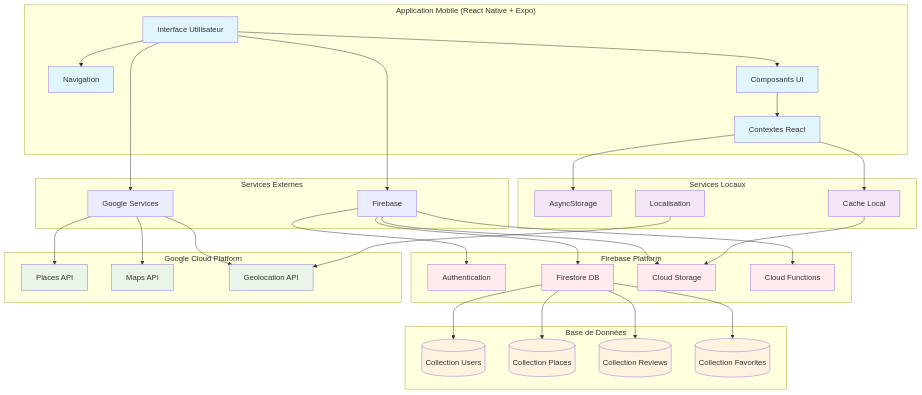
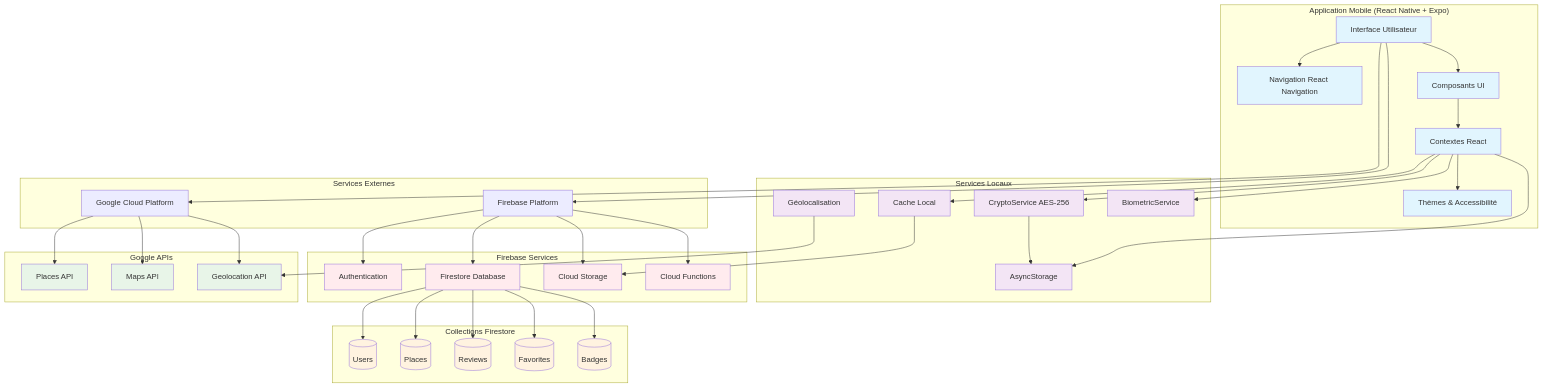
One commit to Fleau75/Projet-Final changed the first of 7 diagrams in docs/CAHIER_DES_CHARGES.md. Above: the diagram before and after it, drawn with Mermaid. The commit also changed other lines of this file and 16 other files, not shown here.

Commit message:
Documentation complete: ajout de 21 guides techniques, architecture, API reference, composants, services, ecrans, tests, deploiement, troubleshooting, utilisateur, mode visiteur, et cahier des charges avec diagrammes

````diff
--- a/docs/CAHIER_DES_CHARGES.md
+++ b/docs/CAHIER_DES_CHARGES.md
@@ -205,53 +108,60 @@
     %% Application Mobile
     subgraph "Application Mobile (React Native + Expo)"
         UI[Interface Utilisateur]
-        NAV[Navigation]
+        NAV[Navigation React Navigation]
         COMP[Composants UI]
         CONTEXT[Contextes React]
+        THEME[Thèmes & Accessibilité]
     end
     
     %% Services Locaux
     subgraph "Services Locaux"
         ASYNC[AsyncStorage]
-        LOC[Localisation]
+        CRYPTO[CryptoService AES-256]
+        LOC[Géolocalisation]
         CACHE[Cache Local]
+        BIOMETRIC[BiometricService]
     end
     
     %% Services Externes
     subgraph "Services Externes"
-        FIREBASE[Firebase]
-        GOOGLE[Google Services]
+        FIREBASE[Firebase Platform]
+        GOOGLE[Google Cloud Platform]
     end
     
     %% Firebase Services
-    subgraph "Firebase Platform"
+    subgraph "Firebase Services"
         AUTH[Authentication]
-        FIRESTORE[Firestore DB]
+        FIRESTORE[Firestore Database]
         STORAGE[Cloud Storage]
         FUNCTIONS[Cloud Functions]
     end
     
     %% Google Services
-    subgraph "Google Cloud Platform"
+    subgraph "Google APIs"
         PLACES[Places API]
         MAPS[Maps API]
         GEOLOC[Geolocation API]
     end
     
     %% Base de Données
-    subgraph "Base de Données"
-        USERS[(Collection Users)]
-        PLACES_DB[(Collection Places)]
-        REVIEWS[(Collection Reviews)]
-        FAVORITES[(Collection Favorites)]
+    subgraph "Collections Firestore"
+        USERS[(Users)]
+        PLACES_DB[(Places)]
+        REVIEWS[(Reviews)]
+        FAVORITES[(Favorites)]
+        BADGES[(Badges)]
     end
     
     %% Connexions
     UI --> NAV
     UI --> COMP
     COMP --> CONTEXT
+    CONTEXT --> THEME
     CONTEXT --> ASYNC
     CONTEXT --> CACHE
+    CONTEXT --> CRYPTO
+    CONTEXT --> BIOMETRIC
     
     UI --> FIREBASE
     UI --> GOOGLE
@@ -269,9 +179,11 @@
     FIRESTORE --> PLACES_DB
     FIRESTORE --> REVIEWS
     FIRESTORE --> FAVORITES
+    FIRESTORE --> BADGES
     
     LOC --> GEOLOC
     CACHE --> STORAGE
+    CRYPTO --> ASYNC
     
     %% Styles
     classDef mobile fill:#e1f5fe
@@ -280,9 +192,9 @@
     classDef google fill:#e8f5e8
     classDef database fill:#fff3e0
     
-    class UI,NAV,COMP,CONTEXT mobile
-    class ASYNC,LOC,CACHE service
+    class UI,NAV,COMP,CONTEXT,THEME mobile
+    class ASYNC,CRYPTO,LOC,CACHE,BIOMETRIC service
     class AUTH,FIRESTORE,STORAGE,FUNCTIONS firebase
     class PLACES,MAPS,GEOLOC google
-    class USERS,PLACES_DB,REVIEWS,FAVORITES database
+    class USERS,PLACES_DB,REVIEWS,FAVORITES,BADGES database
 ```
````
